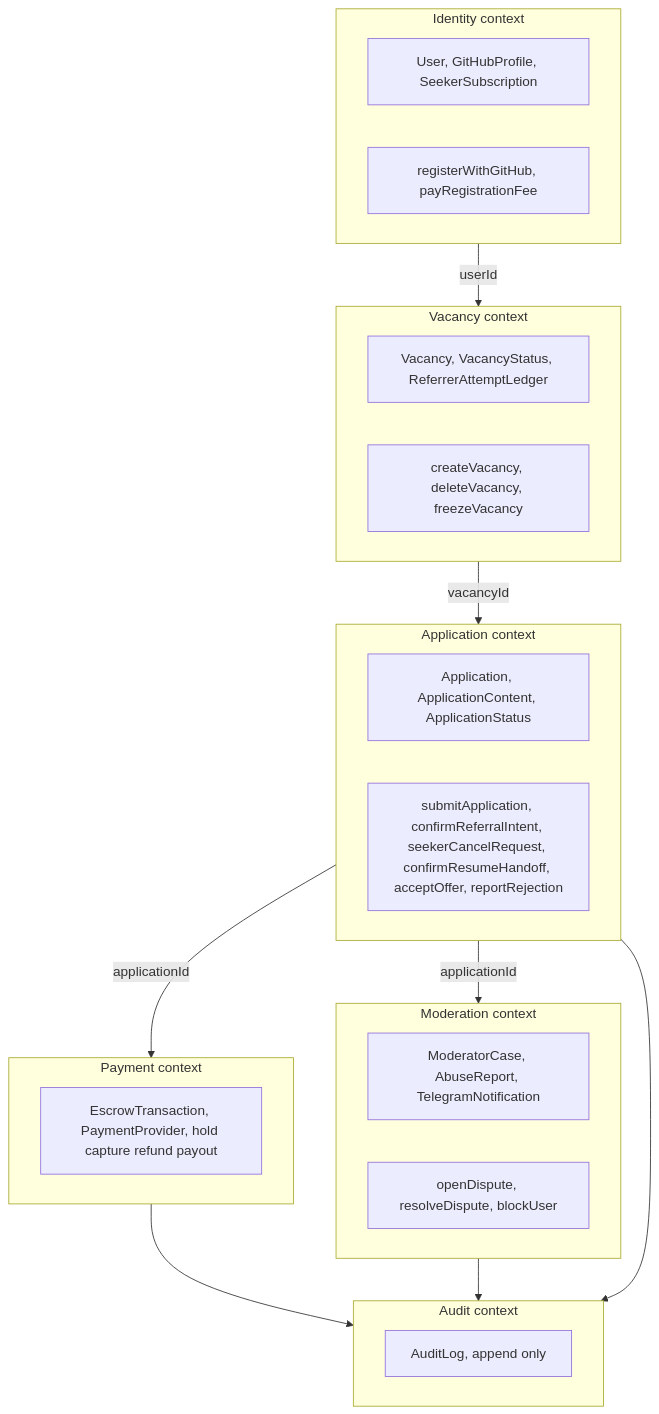
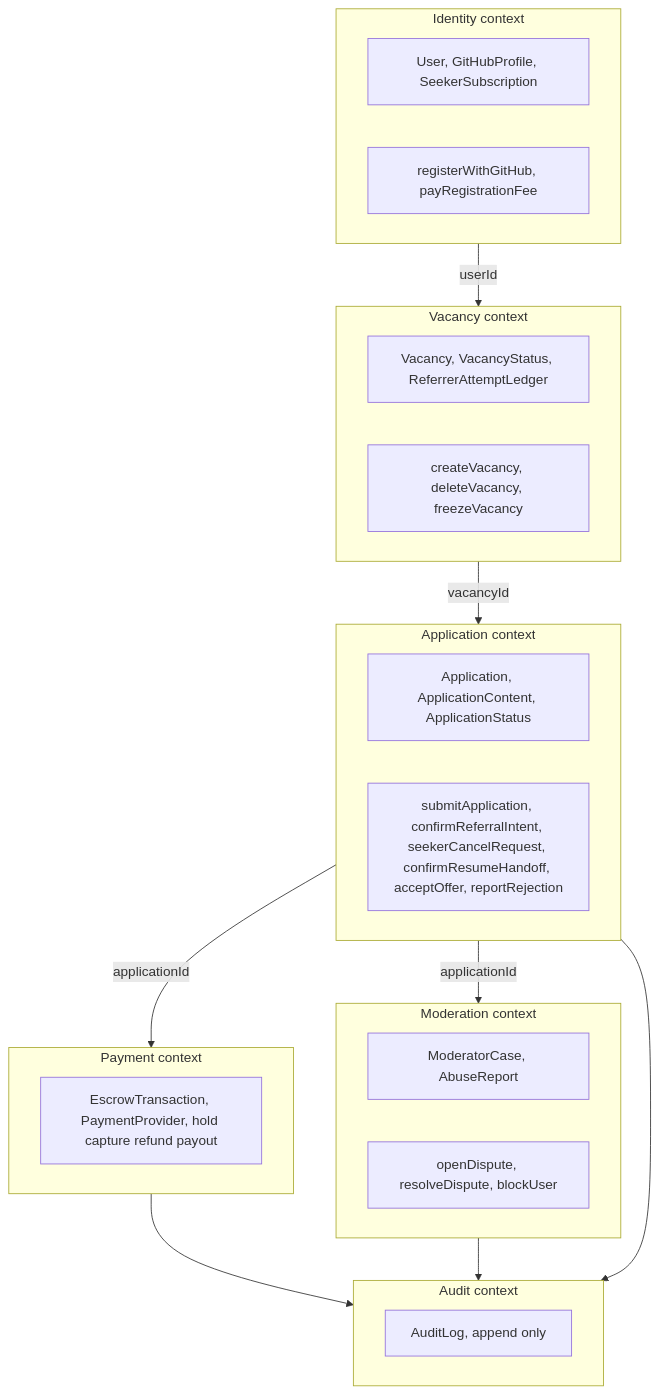
The first of 4 diagrams in spec/spec-architecture-referi-system.md (Ernest0-Production/Referi), drawn with Mermaid before and after one commit. The commit also changed other lines of this file and 43 other files, not shown here.

````diff
--- a/spec/spec-architecture-referi-system.md
+++ b/spec/spec-architecture-referi-system.md
@@ -146,31 +144,31 @@
 ```mermaid
 flowchart TB
   subgraph idCtx[Identity context]
     idD[User, GitHubProfile, SeekerSubscription]
     idCmd[registerWithGitHub, payRegistrationFee]
   end
   subgraph vCtx[Vacancy context]
     vD[Vacancy, VacancyStatus, ReferrerAttemptLedger]
     vCmd[createVacancy, deleteVacancy, freezeVacancy]
   end
   subgraph aCtx[Application context]
     aD[Application, ApplicationContent, ApplicationStatus]
     aCmd[submitApplication, confirmReferralIntent, seekerCancelRequest, confirmResumeHandoff, acceptOffer, reportRejection]
   end
   subgraph payC[Payment context]
     pD[EscrowTransaction, PaymentProvider, hold capture refund payout]
   end
   subgraph modC[Moderation context]
-    mD[ModeratorCase, AbuseReport, TelegramNotification]
+    mD[ModeratorCase, AbuseReport]
     mCmd[openDispute, resolveDispute, blockUser]
   end
   subgraph audC[Audit context]
     au[AuditLog, append only]
   end
   idCtx -->|userId| vCtx -->|vacancyId| aCtx
   aCtx -->|applicationId| payC
   aCtx -->|applicationId| modC
   payC --> audC
   modC --> audC
   aCtx --> audC
 ```
````
